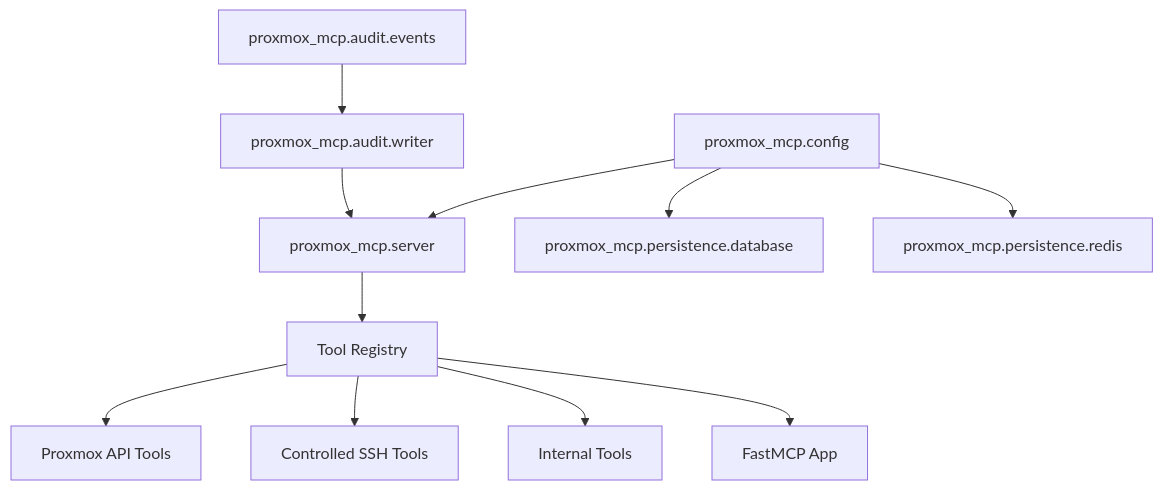
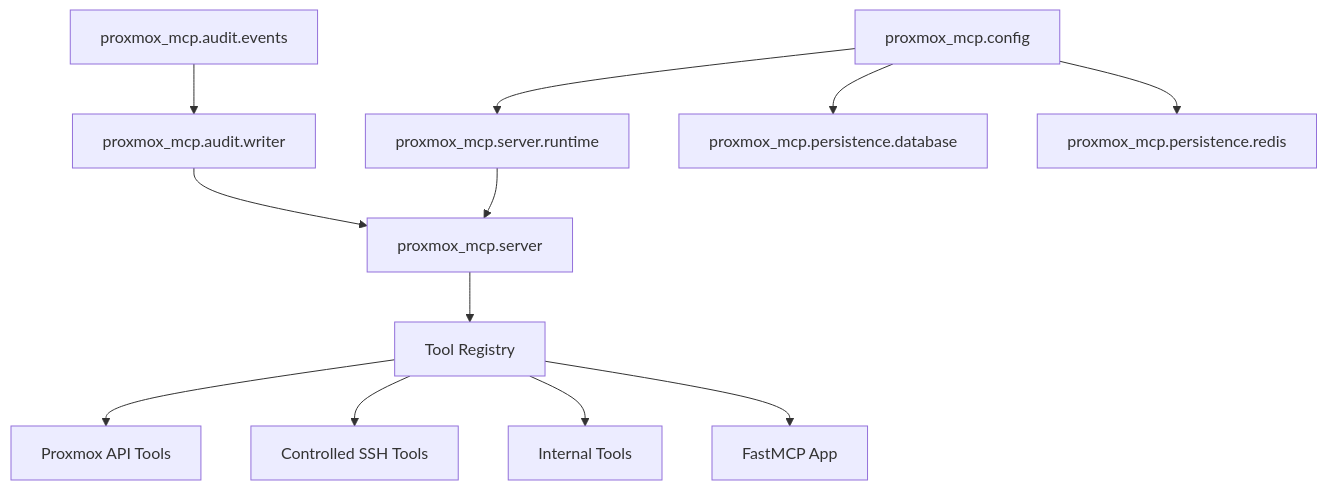
Before and after one commit to 0x696E7175696C696E65/Proxmox-MCP: the fourth of 5 diagrams in README.md, drawn with Mermaid. The commit also changed other lines of this file, not shown here.

Commit message:
docs: update README for homelab quickstart and runtime changes

````diff
--- a/README.md
+++ b/README.md
@@ -210,13 +214,14 @@
 ```mermaid
 flowchart TD
-  settings["proxmox_mcp.config"] --> server["proxmox_mcp.server"]
+  settings["proxmox_mcp.config"] --> runtime["proxmox_mcp.server.runtime"]
+  runtime --> server["proxmox_mcp.server"]
   auditEvents["proxmox_mcp.audit.events"] --> auditWriter["proxmox_mcp.audit.writer"]
   auditWriter --> server
   settings --> database["proxmox_mcp.persistence.database"]
   settings --> redisClient["proxmox_mcp.persistence.redis"]
   server --> registry["Tool Registry"]
   registry --> proxmoxTools["Proxmox API Tools"]
   registry --> sshTools["Controlled SSH Tools"]
   registry --> internalTools["Internal Tools"]
   registry --> fastmcp["FastMCP App"]
 ```
````
